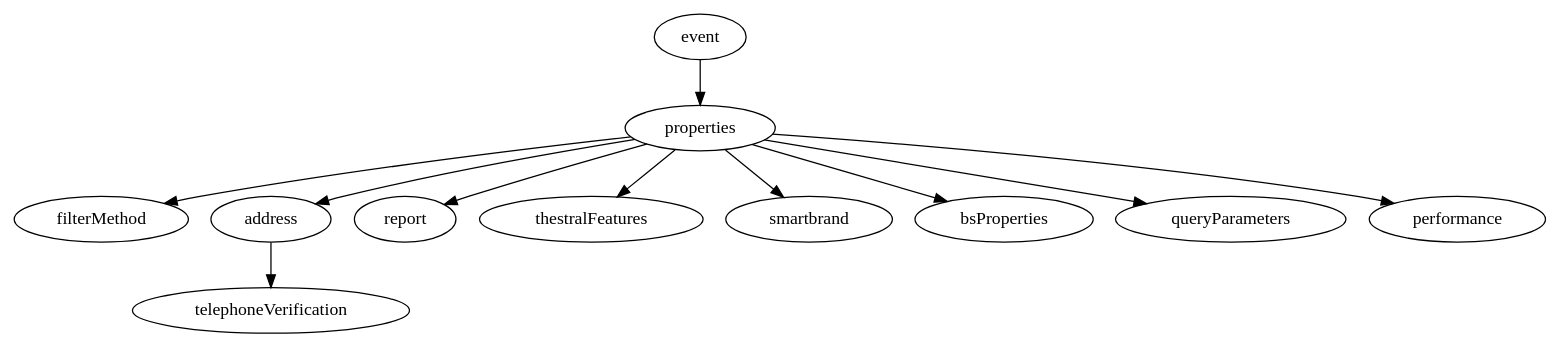
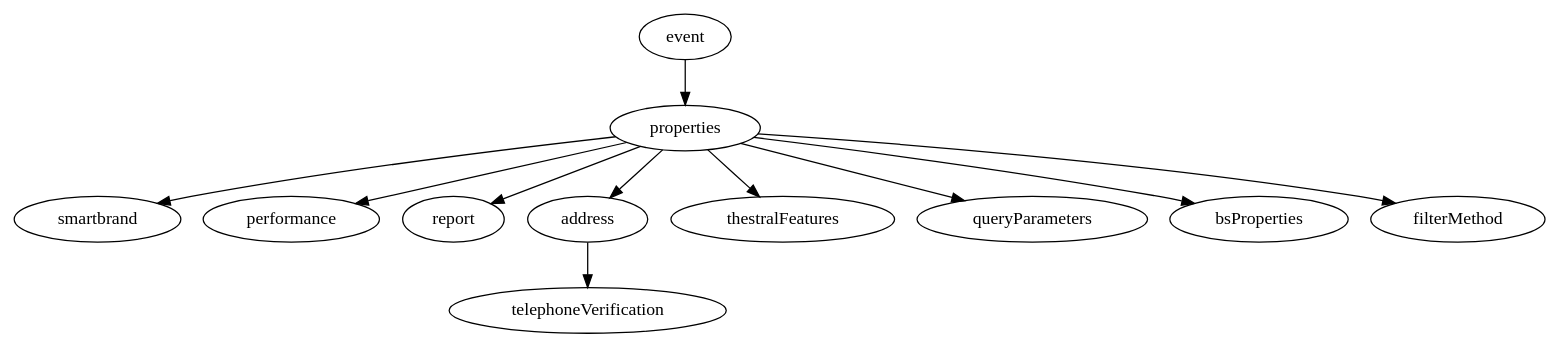
One commit to maiden7705/boxed-assignment-demo-1 changed the diagram in Requirement/json_tree.gv. Above: the diagram before and after it, drawn with Graphviz. The commit also changed other lines of this file and 2 other files, not shown here.

```diff
--- a/Requirement/json_tree.gv
+++ b/Requirement/json_tree.gv
@@ -1,12 +1,12 @@
 digraph G {
+	properties -> smartbrand
+	properties -> performance
+	properties -> report
+	properties -> address
+	properties -> thestralFeatures
+	address -> telephoneVerification
+	properties -> queryParameters
+	properties -> bsProperties
 	event -> properties
 	properties -> filterMethod
-	address -> telephoneVerification
-	properties -> report
-	properties -> thestralFeatures
-	properties -> smartbrand
-	properties -> bsProperties
-	properties -> address
-	properties -> queryParameters
-	properties -> performance
 }
```
